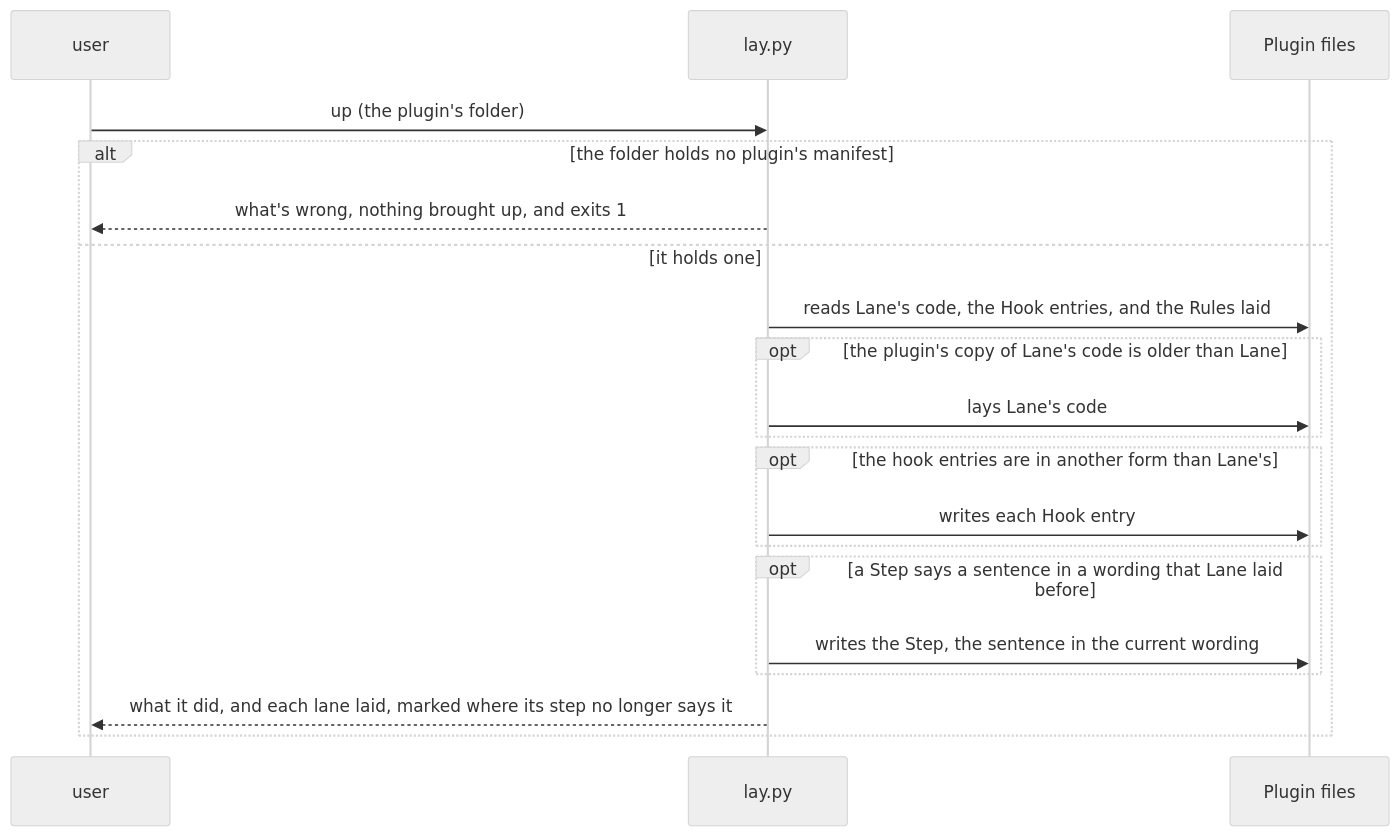
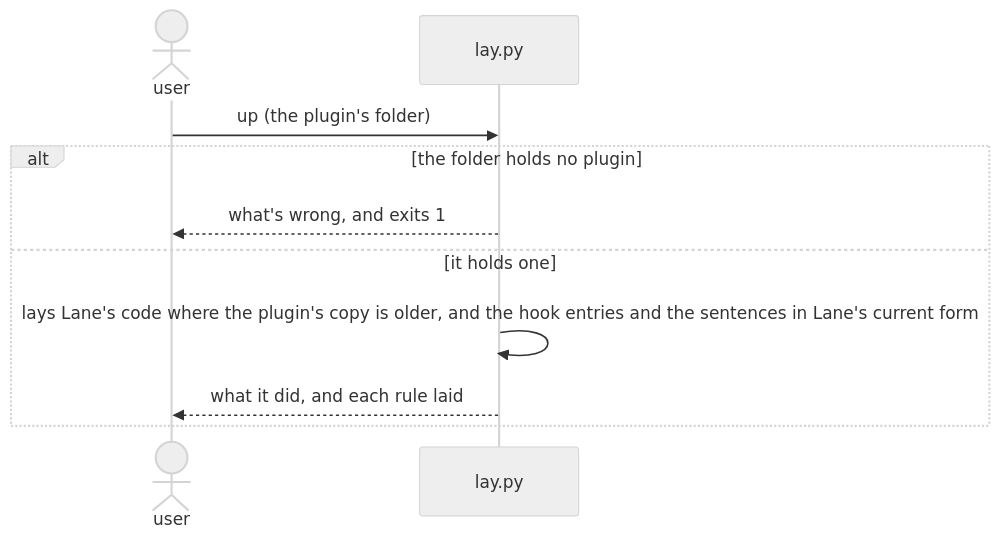
The seventh of 7 diagrams in dev/lane/architecture.md (lovaizu/ccpm), drawn with Mermaid (neutral theme) before and after one commit. The commit also changed other lines of this file and 2 other files, not shown here.

````diff
--- a/dev/lane/architecture.md
+++ b/dev/lane/architecture.md
@@ -764,22 +315,12 @@
 ```mermaid
 sequenceDiagram
-  participant U as user
+  actor U as user
   participant L as lay.py
-  participant PF as Plugin files
   U->>L: up (the plugin's folder)
-  alt the folder holds no plugin's manifest
-    L-->>U: what's wrong, nothing brought up, and exits 1
+  alt the folder holds no plugin
+    L-->>U: what's wrong, and exits 1
   else it holds one
-    L->>PF: reads Lane's code, the Hook entries, and the Rules laid
-    opt the plugin's copy of Lane's code is older than Lane
-      L->>PF: lays Lane's code
-    end
-    opt the hook entries are in another form than Lane's
-      L->>PF: writes each Hook entry
-    end
-    opt a Step says a sentence in a wording that Lane laid before
-      L->>PF: writes the Step, the sentence in the current wording
-    end
-    L-->>U: what it did, and each lane laid, marked where its step no longer says it
+    L->>L: lays Lane's code where the plugin's copy is older, and the hook entries and the sentences in Lane's current form
+    L-->>U: what it did, and each rule laid
   end
 ```
````
